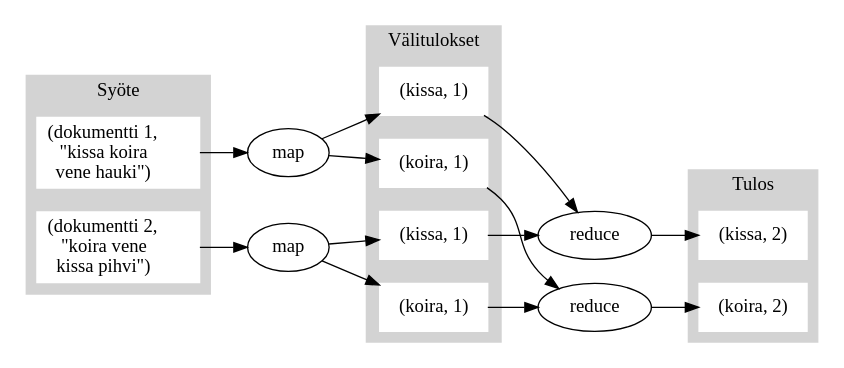
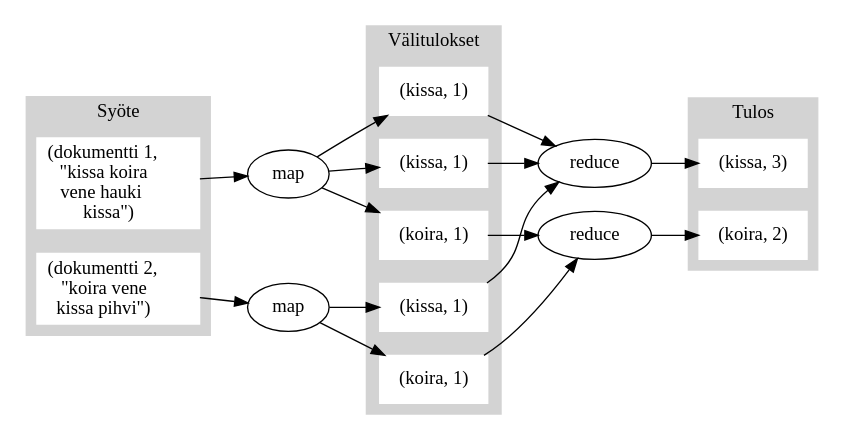
One commit to Kauhsa/kandi changed the diagram in src/images/map-and-reduce.dot. Above: the diagram before and after it, drawn with Graphviz.

Commit message:
Make example in image slightly more complicated

```diff
--- a/src/images/map-and-reduce.dot
+++ b/src/images/map-and-reduce.dot
@@ -1,51 +1,54 @@
 digraph {
     rankdir = LR;
     
     subgraph cluster_input {
         label = "Syöte";
         style = "filled";
         color = "lightgrey";
         node [shape = "box"; style = "filled"; color = "white"];
-        dok1[label = <(dokumentti 1,<br/>"kissa koira <br/> vene hauki")>];
+        dok1[label = <(dokumentti 1,<br/>"kissa koira <br/> vene hauki <br/> kissa")>];
         dok2[label = <(dokumentti 2,<br/>"koira vene <br/> kissa pihvi")>];
     }
 
     map1[label = "map";];
     map2[label = "map";];
 
     subgraph cluster_intermediate {
         label = "Välitulokset";
         style = "filled";
         color = "lightgrey";
         node [shape = "box"; style = "filled"; color = "white"];
         kissa1[label = "(kissa, 1)"];
         kissa2[label = "(kissa, 1)"];
+        kissa3[label = "(kissa, 1)"];
         koira1[label = "(koira, 1)"];
         koira2[label = "(koira, 1)"];
     }    
 
     red_kissa[label = "reduce";];
     red_koira[label = "reduce";];
 
     subgraph cluster_output {
         label = "Tulos";
         style = "filled";
         color = "lightgrey";
         node [shape = "box"; style = "filled"; color = "white"];
-        res_kissa[label = "(kissa, 2)"];
+        res_kissa[label = "(kissa, 3)"];
         res_koira[label = "(koira, 2)"];
     }
     
     dok1 -> map1;
     dok2 -> map2;
     map1 -> kissa1;
     map1 -> koira1;
+    map1 -> kissa3;
     map2 -> kissa2;
     map2 -> koira2;
     kissa1 -> red_kissa;
     kissa2 -> red_kissa;
+    kissa3 -> red_kissa;
     koira1 -> red_koira;
     koira2 -> red_koira;
     red_kissa -> res_kissa;
     red_koira -> res_koira;
 }
```
